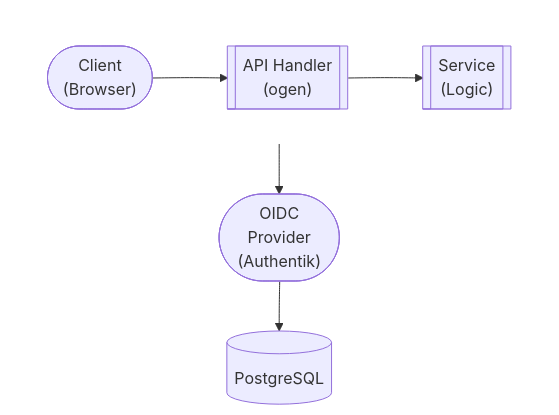
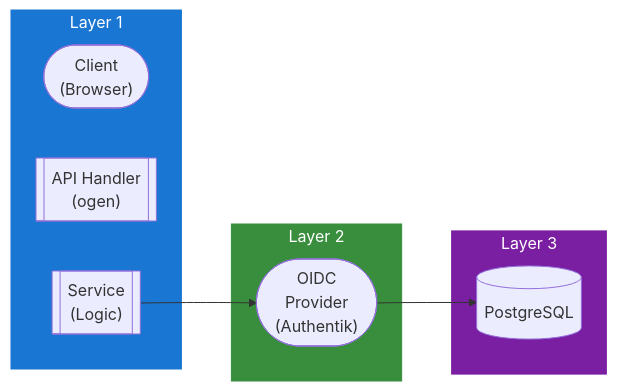
One commit to lusoris/revenge changed the diagram in docs/dev/design/services/OIDC.md. Above: the diagram before and after it, drawn with Mermaid. The commit also changed 215 other files, not shown here.

First line of the commit message:
feat(diagrams): convert all ASCII diagrams to Mermaid with LR subgraphs

````diff
--- a/docs/dev/design/services/OIDC.md
+++ b/docs/dev/design/services/OIDC.md
@@ -60,18 +60,25 @@
 ```mermaid
-flowchart TD
-    subgraph row1[ ]
-        direction LR
+flowchart LR
+    subgraph Layer1["Layer 1"]
         node1(["Client<br/>(Browser)"])
         node2[["API Handler<br/>(ogen)"]]
         node3[["Service<br/>(Logic)"]]
     end
-    node4(["OIDC<br/>Provider<br/>(Authentik)"])
-    node5[("PostgreSQL")]
-    node1 --> node2
-    node2 --> node3
+
+    subgraph Layer2["Layer 2"]
+        node4(["OIDC<br/>Provider<br/>(Authentik)"])
+    end
+
+    subgraph Layer3["Layer 3"]
+        node5[("PostgreSQL")]
+    end
+
+    %% Connections
     node3 --> node4
     node4 --> node5
 
-    %% Hide row subgraph borders
-    style row1 fill:transparent,stroke:transparent
+    %% Styling
+    style Layer1 fill:#1976D2,stroke:#1976D2,color:#fff
+    style Layer2 fill:#388E3C,stroke:#388E3C,color:#fff
+    style Layer3 fill:#7B1FA2,stroke:#7B1FA2,color:#fff
 ```
````
